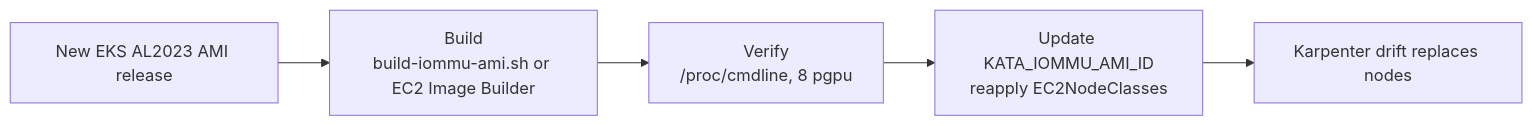
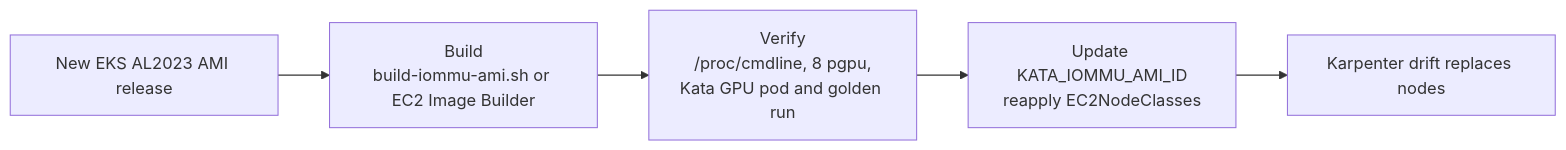
Before and after one commit to daekeun-ml/gpu-sandbox-on-aws: the diagram in docs/production/01_capacity_and_nodes.en.md, drawn with Mermaid. The commit also changed other lines of this file and 171 other files, not shown here.

````diff
--- a/docs/production/01_capacity_and_nodes.en.md
+++ b/docs/production/01_capacity_and_nodes.en.md
@@ -150,7 +149,7 @@
 ```mermaid
 flowchart LR
     A["New EKS AL2023 AMI release"] --> B["Build<br/>build-iommu-ami.sh or EC2 Image Builder"]
-    B --> C["Verify<br/>/proc/cmdline, 8 pgpu"]
+    B --> C["Verify<br/>/proc/cmdline, 8 pgpu,<br/>Kata GPU pod and golden run"]
     C --> D["Update KATA_IOMMU_AMI_ID<br/>reapply EC2NodeClasses"]
     D --> E["Karpenter drift replaces nodes"]
 ```
````
